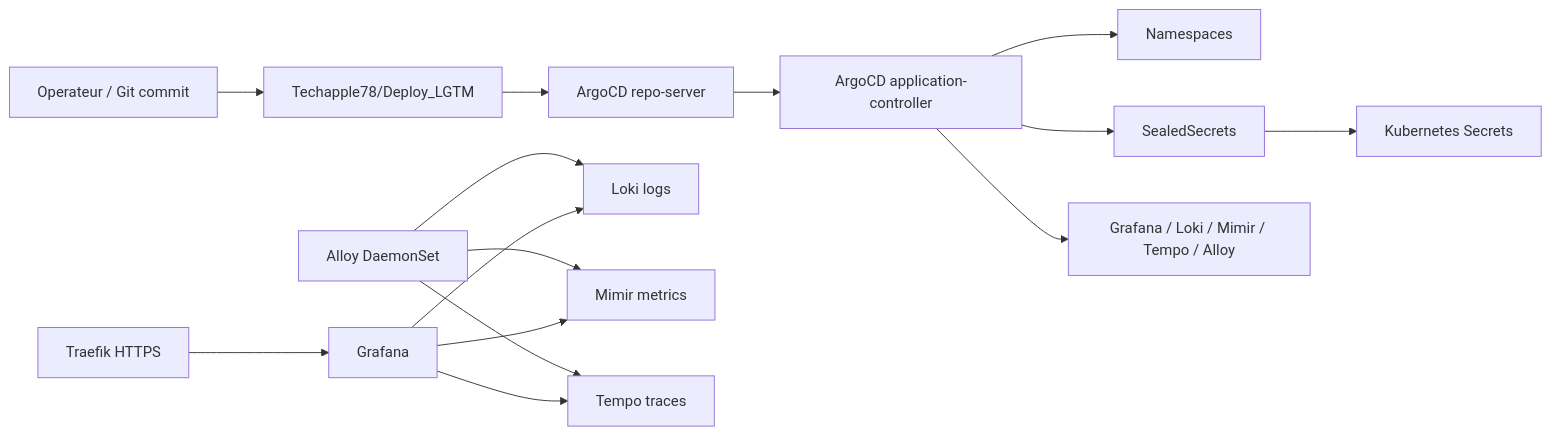
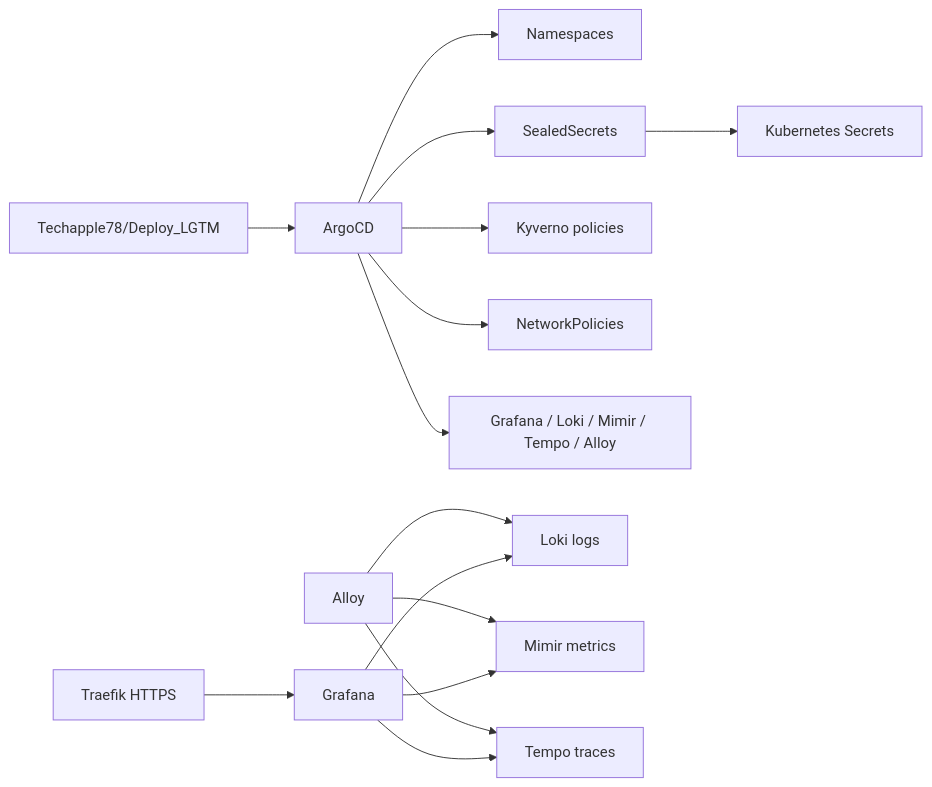
Before and after one commit to Techapple78/Deploy_LGTM: the third of 4 diagrams in docs/pods-inventory.md, drawn with Mermaid. The commit also changed other lines of this file and 11 other files, not shown here.

Commit message:
Refocus pod inventory on Deploy LGTM

````diff
--- a/docs/pods-inventory.md
+++ b/docs/pods-inventory.md
@@ -94,17 +89,18 @@
 ```mermaid
 flowchart LR
-  Dev[Operateur / Git commit] --> Git[Techapple78/Deploy_LGTM]
-  Git --> Repo[ArgoCD repo-server]
-  Repo --> App[ArgoCD application-controller]
-  App --> NS[Namespaces]
-  App --> SS[SealedSecrets]
-  App --> LGTM[Grafana / Loki / Mimir / Tempo / Alloy]
+  Git[Techapple78/Deploy_LGTM] --> Argo[ArgoCD]
+  Argo --> NS[Namespaces]
+  Argo --> SS[SealedSecrets]
+  Argo --> Kyverno[Kyverno policies]
+  Argo --> NetPol[NetworkPolicies]
+  Argo --> LGTM[Grafana / Loki / Mimir / Tempo / Alloy]
+
   SS --> K8SSecret[Kubernetes Secrets]
-  Alloy[Alloy DaemonSet] --> Loki[Loki logs]
+  Alloy[Alloy] --> Loki[Loki logs]
   Alloy --> Mimir[Mimir metrics]
   Alloy --> Tempo[Tempo traces]
   Grafana[Grafana] --> Loki
   Grafana --> Mimir
   Grafana --> Tempo
   Traefik[Traefik HTTPS] --> Grafana
 ```
````
